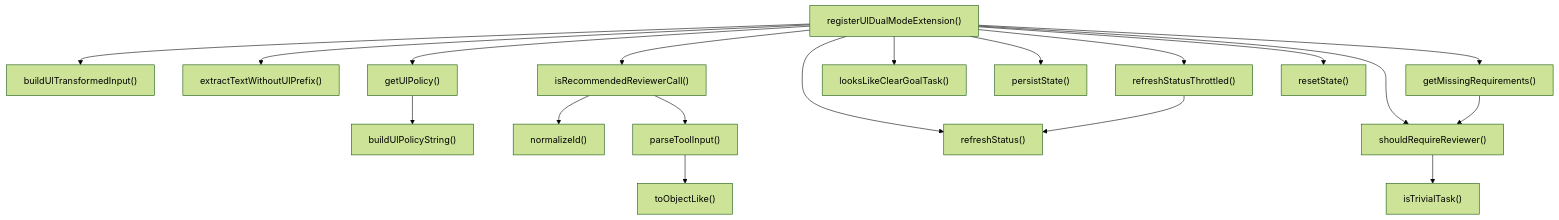
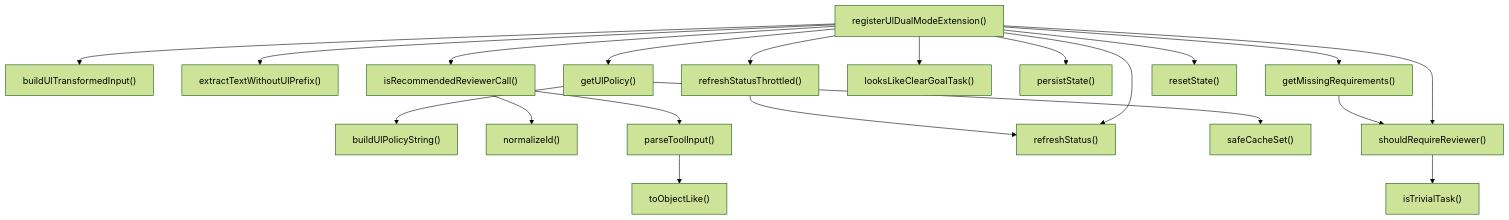
One commit to Mekann2904/mekann changed the second of 2 diagrams in ABDD/.pi/extensions/ul-dual-mode.md. Above: the diagram before and after it, drawn with Mermaid (forest theme). The commit also changed other lines of this file and 205 other files, not shown here.

````diff
--- a/ABDD/.pi/extensions/ul-dual-mode.md
+++ b/ABDD/.pi/extensions/ul-dual-mode.md
@@ -45,38 +45,40 @@
 ```mermaid
 flowchart TD
   buildUlPolicyString["buildUlPolicyString()"]
   buildUlTransformedInput["buildUlTransformedInput()"]
   extractTextWithoutUlPrefix["extractTextWithoutUlPrefix()"]
   getMissingRequirements["getMissingRequirements()"]
   getUlPolicy["getUlPolicy()"]
   isRecommendedReviewerCall["isRecommendedReviewerCall()"]
   isTrivialTask["isTrivialTask()"]
   looksLikeClearGoalTask["looksLikeClearGoalTask()"]
   normalizeId["normalizeId()"]
   parseToolInput["parseToolInput()"]
   persistState["persistState()"]
   refreshStatus["refreshStatus()"]
   refreshStatusThrottled["refreshStatusThrottled()"]
   registerUlDualModeExtension["registerUlDualModeExtension()"]
   resetState["resetState()"]
+  safeCacheSet["safeCacheSet()"]
   shouldRequireReviewer["shouldRequireReviewer()"]
   toObjectLike["toObjectLike()"]
   getMissingRequirements --> shouldRequireReviewer
   getUlPolicy --> buildUlPolicyString
+  getUlPolicy --> safeCacheSet
   isRecommendedReviewerCall --> normalizeId
   isRecommendedReviewerCall --> parseToolInput
   parseToolInput --> toObjectLike
   refreshStatusThrottled --> refreshStatus
   registerUlDualModeExtension --> buildUlTransformedInput
   registerUlDualModeExtension --> extractTextWithoutUlPrefix
   registerUlDualModeExtension --> getMissingRequirements
   registerUlDualModeExtension --> getUlPolicy
   registerUlDualModeExtension --> isRecommendedReviewerCall
   registerUlDualModeExtension --> looksLikeClearGoalTask
   registerUlDualModeExtension --> persistState
   registerUlDualModeExtension --> refreshStatus
   registerUlDualModeExtension --> refreshStatusThrottled
   registerUlDualModeExtension --> resetState
   registerUlDualModeExtension --> shouldRequireReviewer
   shouldRequireReviewer --> isTrivialTask
 ```
````
